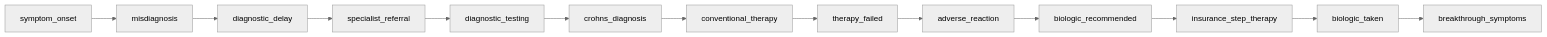
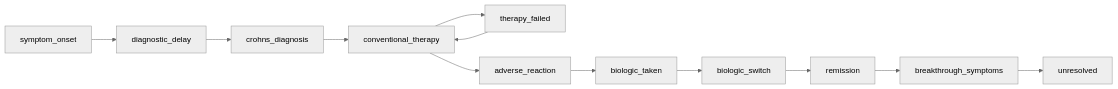
Before and after one commit to carecodeconnect/crohnicity: the fifth of 50 diagrams in docs/referral_pathways.md, drawn with Mermaid. The commit also changed other lines of this file and 136 other files, not shown here.

````diff
--- a/docs/referral_pathways.md
+++ b/docs/referral_pathways.md
@@ -160,29 +181,26 @@
 ``` mermaid
 %%{init: {'theme':'neutral'}}%%
 flowchart LR
     n0["symptom_onset"]
-    n1["misdiagnosis"]
-    n2["diagnostic_delay"]
-    n3["specialist_referral"]
-    n4["diagnostic_testing"]
-    n5["crohns_diagnosis"]
-    n6["conventional_therapy"]
-    n7["therapy_failed"]
-    n8["adverse_reaction"]
-    n9["biologic_recommended"]
-    n10["insurance_step_therapy"]
-    n11["biologic_taken"]
-    n12["breakthrough_symptoms"]
+    n1["diagnostic_delay"]
+    n2["crohns_diagnosis"]
+    n3["conventional_therapy"]
+    n4["therapy_failed"]
+    n5["adverse_reaction"]
+    n6["biologic_taken"]
+    n7["biologic_switch"]
+    n8["remission"]
+    n9["breakthrough_symptoms"]
+    n10["unresolved"]
     n0 -->n1
     n1 -->n2
     n2 -->n3
     n3 -->n4
-    n4 -->n5
+    n4 -->n3
+    n3 -->n5
     n5 -->n6
     n6 -->n7
     n7 -->n8
     n8 -->n9
     n9 -->n10
-    n10 -->n11
-    n11 -->n12
 ```
````
